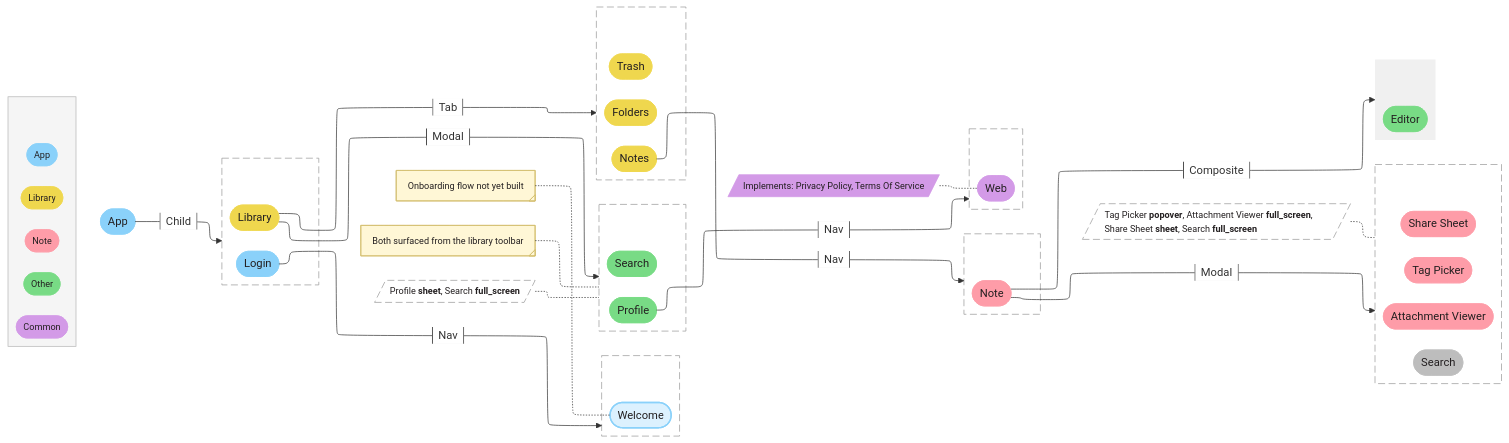
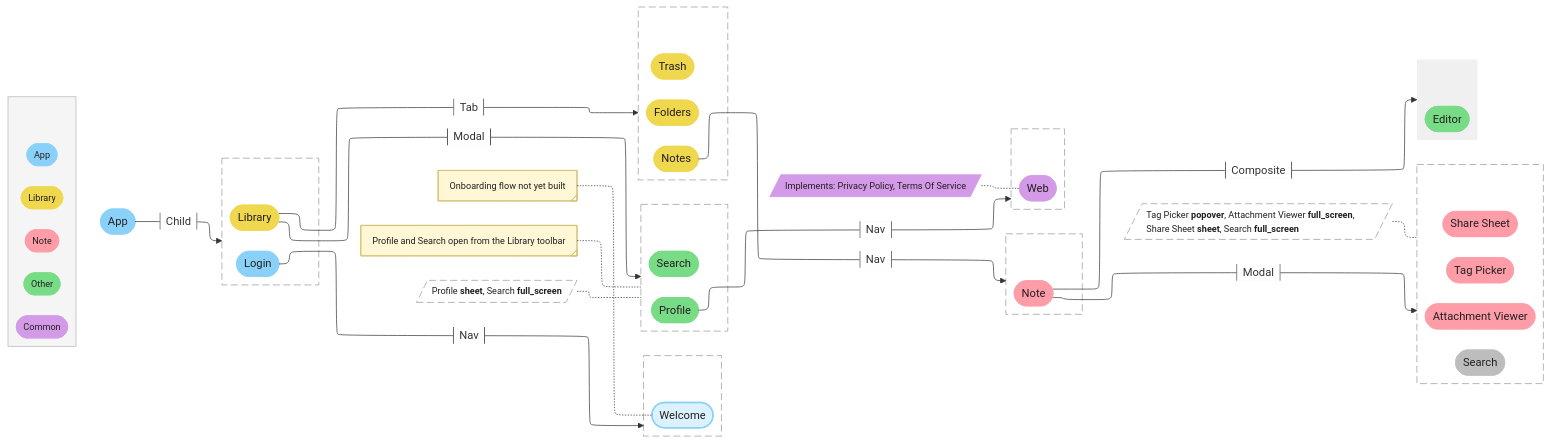
One commit to SwiftKickMobile/skai changed the diagram in Guides/UIMap/ui-map-demo.md. Above: the diagram before and after it, drawn with Mermaid. The commit also changed other lines of this file and 41 other files, not shown here.

```diff
--- a/Guides/UIMap/ui-map-demo.md
+++ b/Guides/UIMap/ui-map-demo.md
@@ -183,7 +185,7 @@
 
     note_welcome@{ shape: tag-rect, label: "Onboarding flow not yet built" }
     note_welcome -.- welcome
-    note_library@{ shape: tag-rect, label: "Both surfaced from the library toolbar" }
+    note_library@{ shape: tag-rect, label: "Profile and Search open from the Library toolbar" }
     note_library -.- library_modal
 
     mstyle_library[/"<div style='text-align:left'>Profile <b>sheet</b>, Search <b>full_screen</b></div>"/]
```
